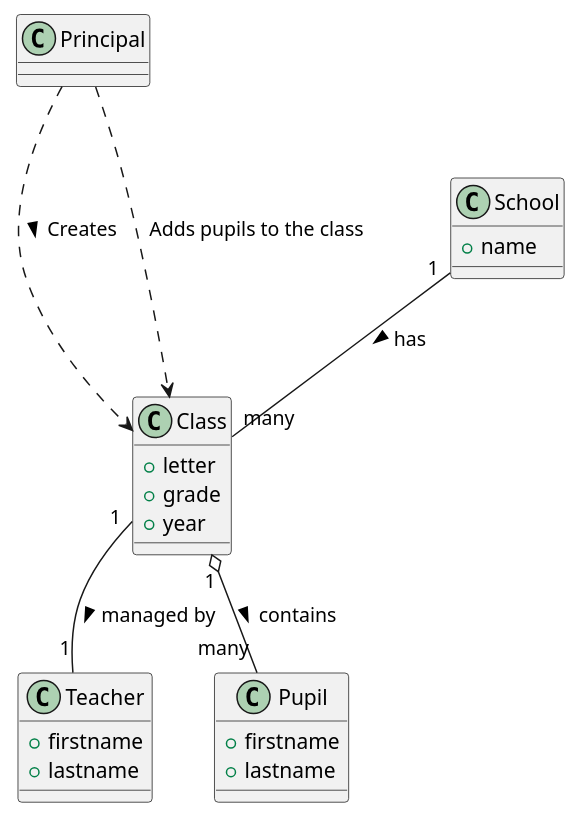
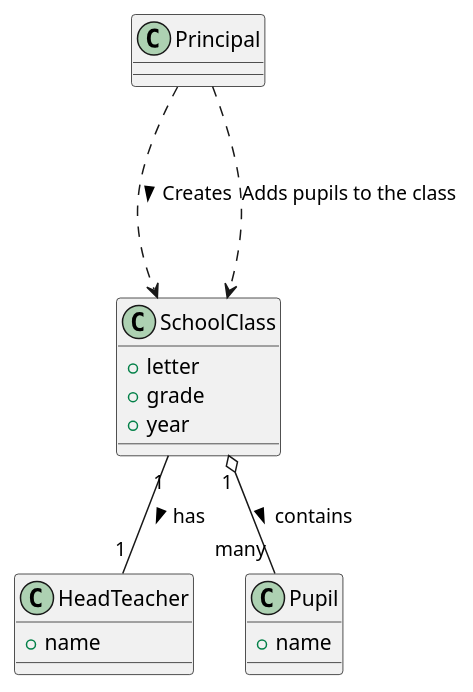
The diagram in school-class-service-bounded-context.puml (vzhuleho/microservices-school), drawn with PlantUML before and after one commit. The commit also changed 1 other file, not shown here.

Commit message:
School class service stories aligned with application stories School entity is dropped because it's redundant in the current implementation

```diff
--- a/school-class-service-bounded-context.puml
+++ b/school-class-service-bounded-context.puml
@@ -1,32 +1,24 @@
 @startuml
 class Principal {
 
 }
 
-class Teacher {
-    + firstname
-    + lastname
+class HeadTeacher {
+    + name
 }
 
 class Pupil {
-    + firstname
-    + lastname
-}
-
-
-class School {
     + name
 }
 
-class Class {
+class SchoolClass {
     + letter
     + grade
     + year
 }
 
-Principal .-down-> Class : Creates >
-Principal .-down-> Class : Adds pupils to the class
-School "1" -- "many" Class : has >
-Class "1" -- "1" Teacher: managed by >
-Class "1" o-- "many" Pupil: contains >
+Principal .-down-> SchoolClass : Creates >
+Principal .-down-> SchoolClass : Adds pupils to the class
+SchoolClass "1" -- "1" HeadTeacher: has >
+SchoolClass "1" o-- "many" Pupil: contains >
 @enduml
```
